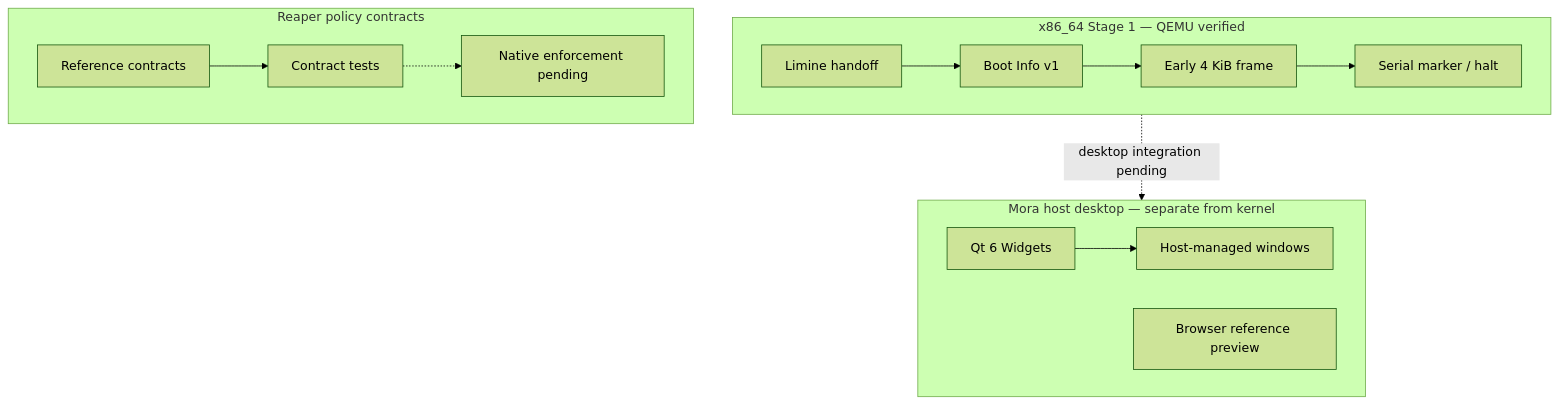
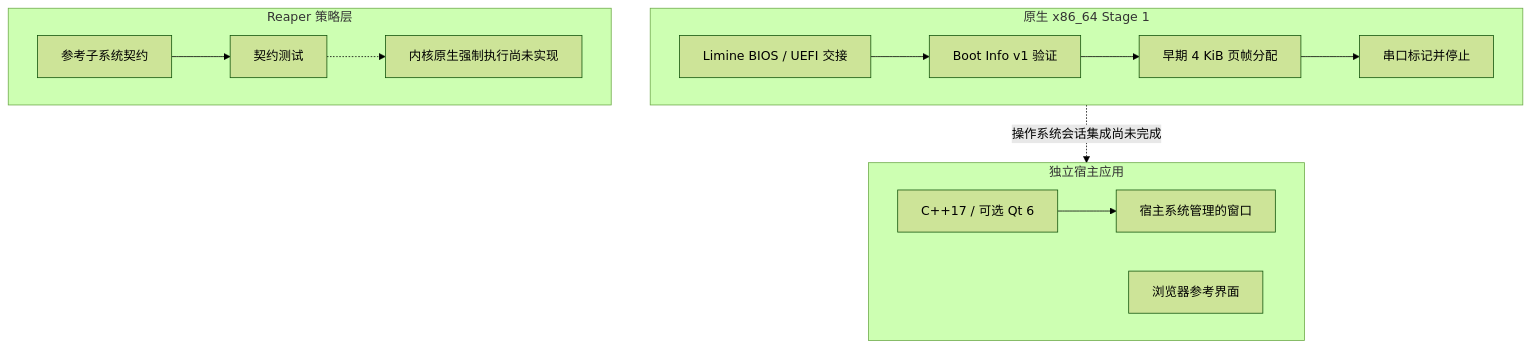
The diagram in README.zh-CN.md (Ivan-VHS/DAK), drawn with Mermaid (forest theme) before and after one commit. The commit also changed other lines of this file, not shown here.

````diff
--- a/README.zh-CN.md
+++ b/README.zh-CN.md
@@ -30,17 +43,17 @@
-~~~mermaid
+```mermaid
 flowchart TB
-  subgraph BOOT["x86_64 Stage 1 — QEMU verified"]
-    L["Limine handoff"] --> B["Boot Info v1"]
-    B --> F["Early 4 KiB frame"]
-    F --> M["Serial marker / halt"]
+  subgraph BOOT["原生 x86_64 Stage 1"]
+    F["Limine BIOS / UEFI 交接"] --> V["Boot Info v1 验证"]
+    V --> A["早期 4 KiB 页帧分配"]
+    A --> H["串口标记并停止"]
   end
-  subgraph POLICY["Reaper policy contracts"]
-    R["Reference contracts"] --> T["Contract tests"]
-    T -.-> N["Native enforcement pending"]
+  subgraph POLICY["Reaper 策略层"]
+    R["参考子系统契约"] --> T["契约测试"]
+    T -.-> K["内核原生强制执行尚未实现"]
   end
-  subgraph HOST["Mora host desktop — separate from kernel"]
-    Q["Qt 6 Widgets"] --> W["Host-managed windows"]
-    H["Browser reference preview"]
+  subgraph HOST["独立宿主应用"]
+    Q["C++17 / 可选 Qt 6"] --> W["宿主系统管理的窗口"]
+    B["浏览器参考界面"]
   end
-  BOOT -.->|"desktop integration pending"| HOST
-~~~
+  BOOT -.->|"操作系统会话集成尚未完成"| HOST
+```
````
